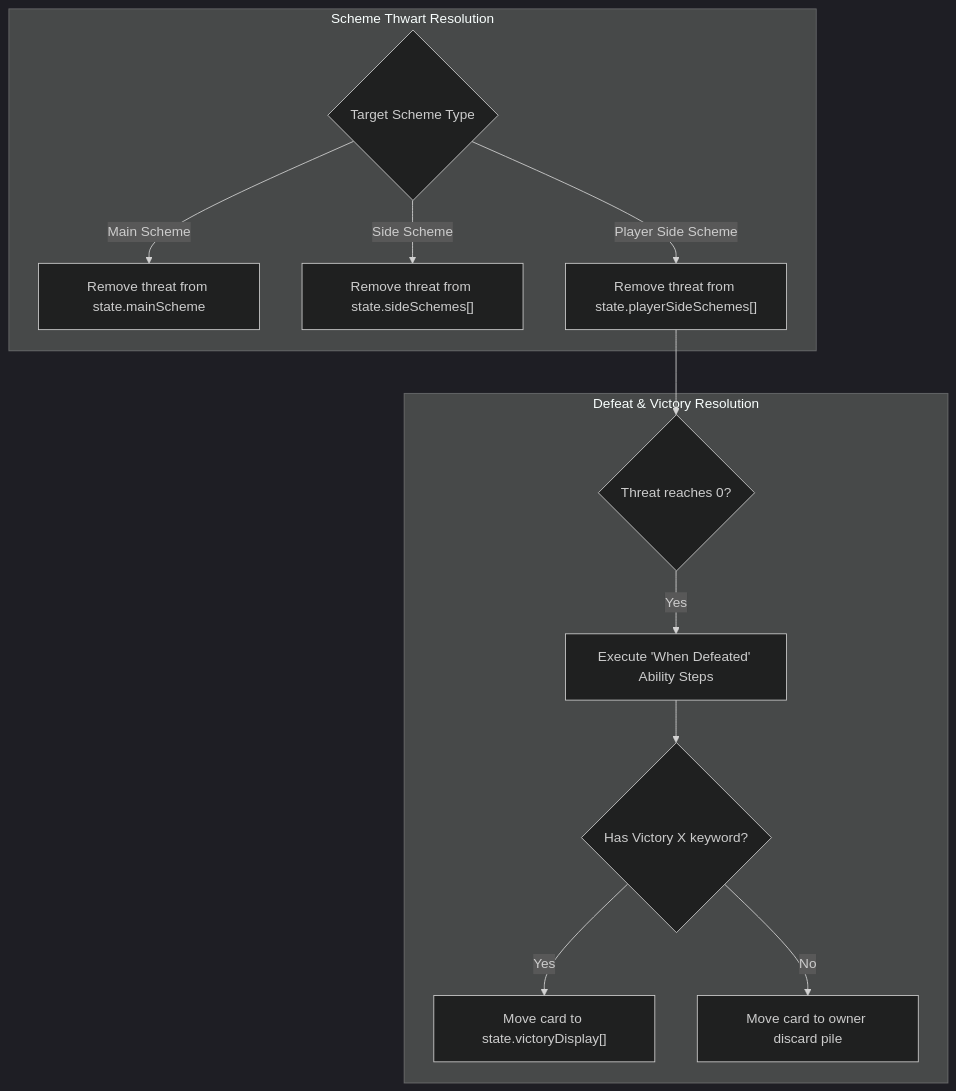
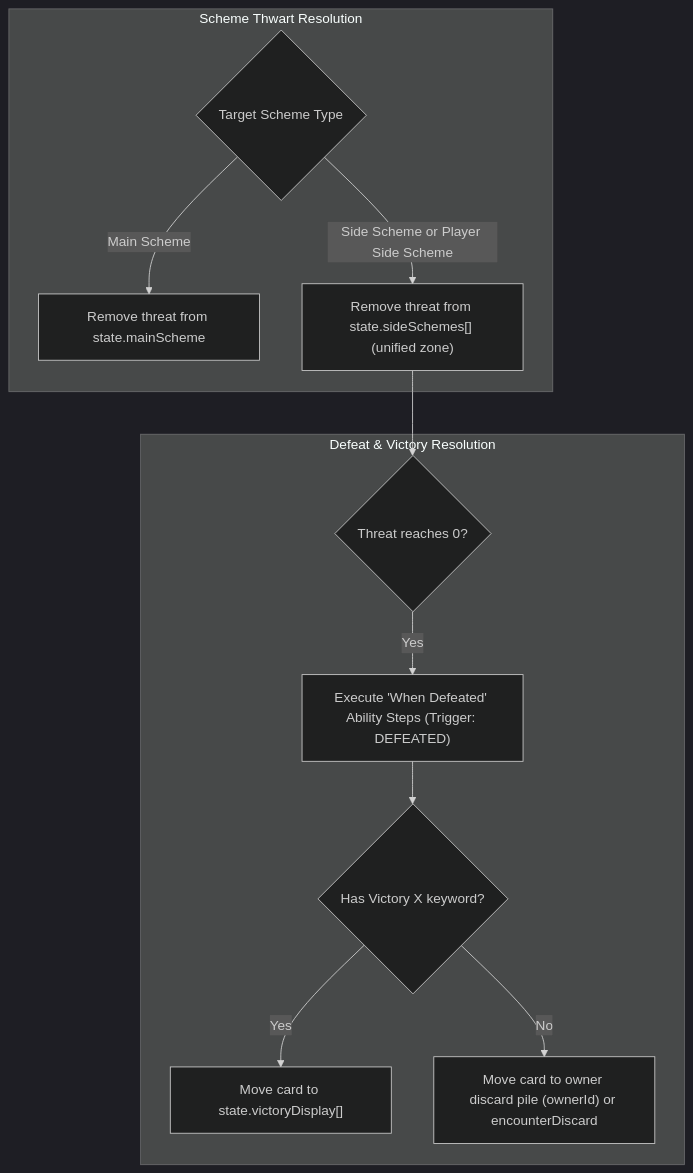
One commit to SteveRodrigue/MCD changed the diagram in docs/decisions/0034-player-side-schemes-victory-display-and-auxiliary-decks.md. Above: the diagram before and after it, drawn with Mermaid (dark theme). The commit also changed other lines of this file and 19 other files, not shown here.

Commit message:
feat(engine): Player Side Schemes, Victory Display & Auxiliary Scenario Decks (Closes #34)

````diff
--- a/docs/decisions/0034-player-side-schemes-victory-display-and-auxiliary-decks.md
+++ b/docs/decisions/0034-player-side-schemes-victory-display-and-auxiliary-decks.md
@@ -33,17 +33,16 @@
 ```mermaid
 flowchart TD
     subgraph Thwarting["Scheme Thwart Resolution"]
         ThwartTarget{"Target Scheme Type"}
         ThwartTarget -- Main Scheme --> T1["Remove threat from state.mainScheme"]
-        ThwartTarget -- Side Scheme --> T2["Remove threat from state.sideSchemes[]"]
-        ThwartTarget -- Player Side Scheme --> T3["Remove threat from state.playerSideSchemes[]"]
+        ThwartTarget -- "Side Scheme or Player Side Scheme" --> T2["Remove threat from state.sideSchemes[] (unified zone)"]
     end
 
     subgraph Defeat["Defeat & Victory Resolution"]
-        T3 --> CheckDefeat{"Threat reaches 0?"}
-        CheckDefeat -- Yes --> ResolveWhenDefeated["Execute 'When Defeated' Ability Steps"]
+        T2 --> CheckDefeat{"Threat reaches 0?"}
+        CheckDefeat -- Yes --> ResolveWhenDefeated["Execute 'When Defeated' Ability Steps (Trigger: DEFEATED)"]
         ResolveWhenDefeated --> CheckVictory{"Has Victory X keyword?"}
         CheckVictory -- Yes --> MoveVictory["Move card to state.victoryDisplay[]"]
-        CheckVictory -- No --> MoveDiscard["Move card to owner discard pile"]
+        CheckVictory -- No --> MoveDiscard["Move card to owner discard pile (ownerId) or encounterDiscard"]
     end
 ```
````
